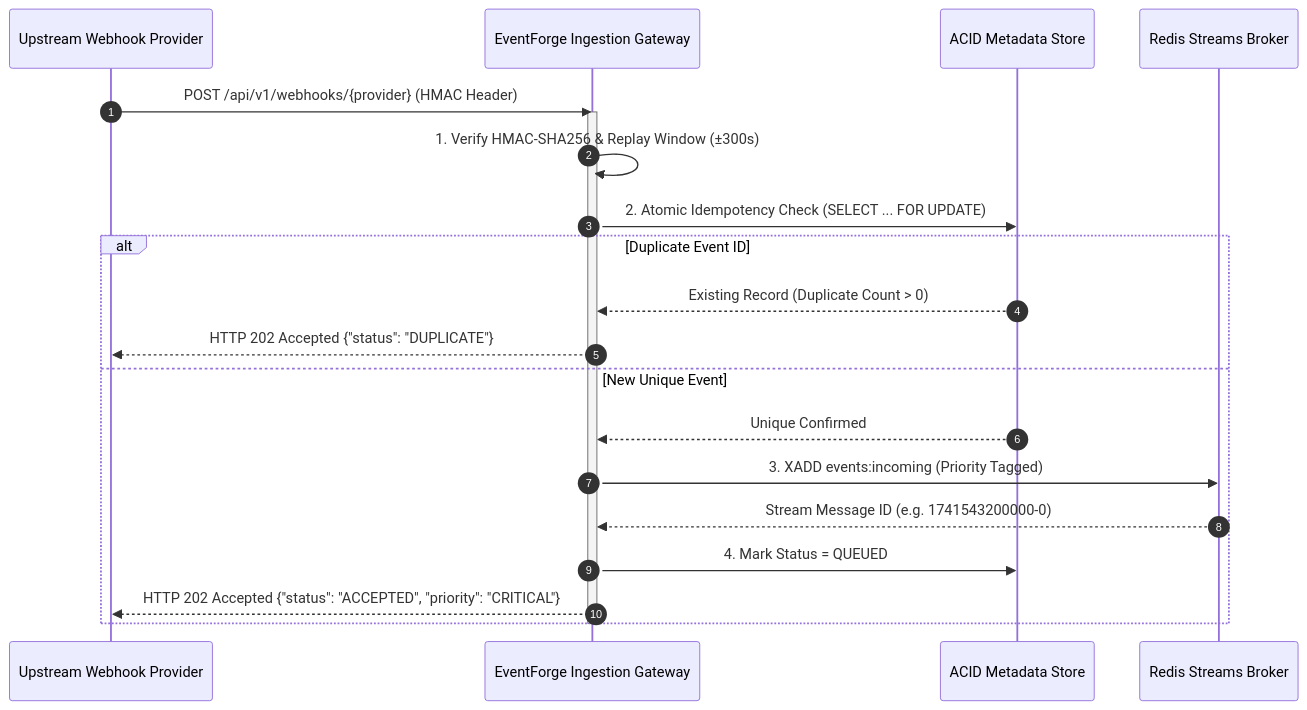
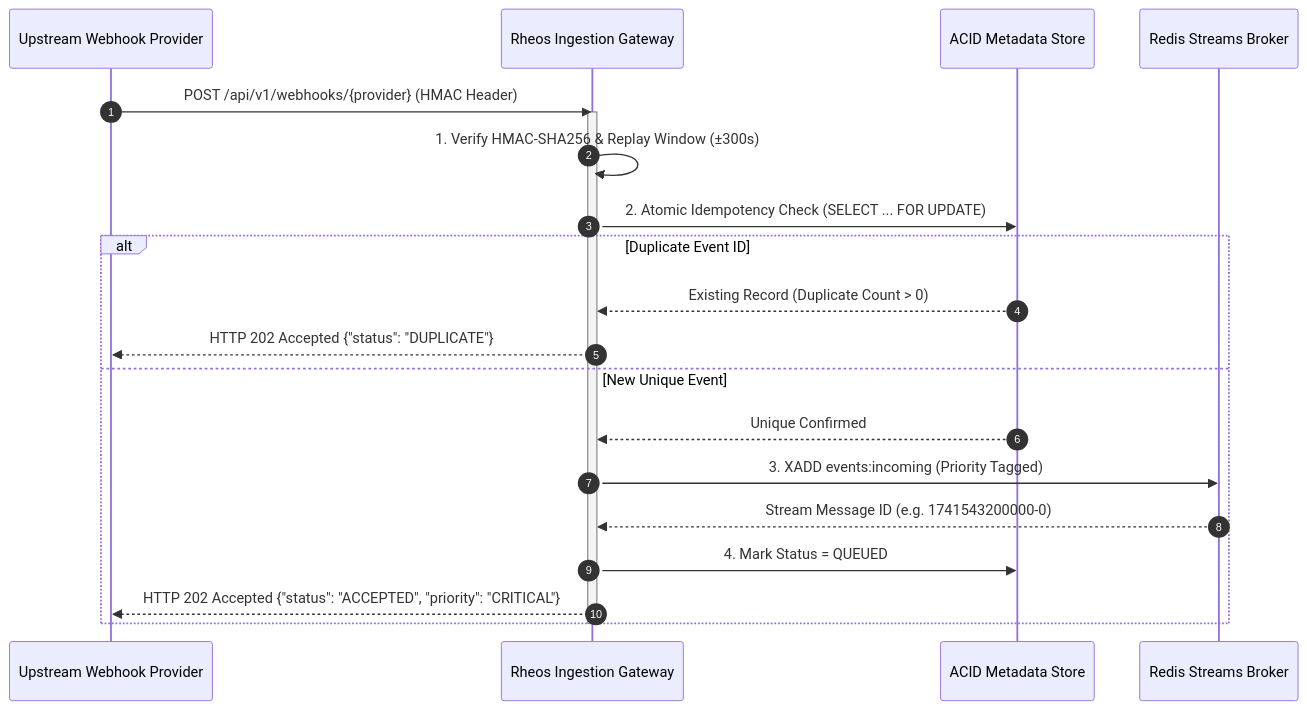
One commit to Sivasakthi-Vengatesan/eventforge changed the first of 2 diagrams in docs/system-design.md. Above: the diagram before and after it, drawn with Mermaid. The commit also changed other lines of this file and 39 other files, not shown here.

Commit message:
chore: complete rename from EventForge to Rheos across repository

````diff
--- a/docs/system-design.md
+++ b/docs/system-design.md
@@ -44,24 +44,24 @@
 ```mermaid
 sequenceDiagram
     autonumber
     participant UP as Upstream Webhook Provider
-    participant GW as EventForge Ingestion Gateway
+    participant GW as Rheos Ingestion Gateway
     participant DB as ACID Metadata Store
     participant RS as Redis Streams Broker
 
     UP->>GW: POST /api/v1/webhooks/{provider} (HMAC Header)
     activate GW
     GW->>GW: 1. Verify HMAC-SHA256 & Replay Window (±300s)
     GW->>DB: 2. Atomic Idempotency Check (SELECT ... FOR UPDATE)
     alt Duplicate Event ID
         DB-->>GW: Existing Record (Duplicate Count > 0)
         GW-->>UP: HTTP 202 Accepted {"status": "DUPLICATE"}
     else New Unique Event
         DB-->>GW: Unique Confirmed
         GW->>RS: 3. XADD events:incoming (Priority Tagged)
         RS-->>GW: Stream Message ID (e.g. 1741543200000-0)
         GW->>DB: 4. Mark Status = QUEUED
         GW-->>UP: HTTP 202 Accepted {"status": "ACCEPTED", "priority": "CRITICAL"}
     end
     deactivate GW
 ```
````
